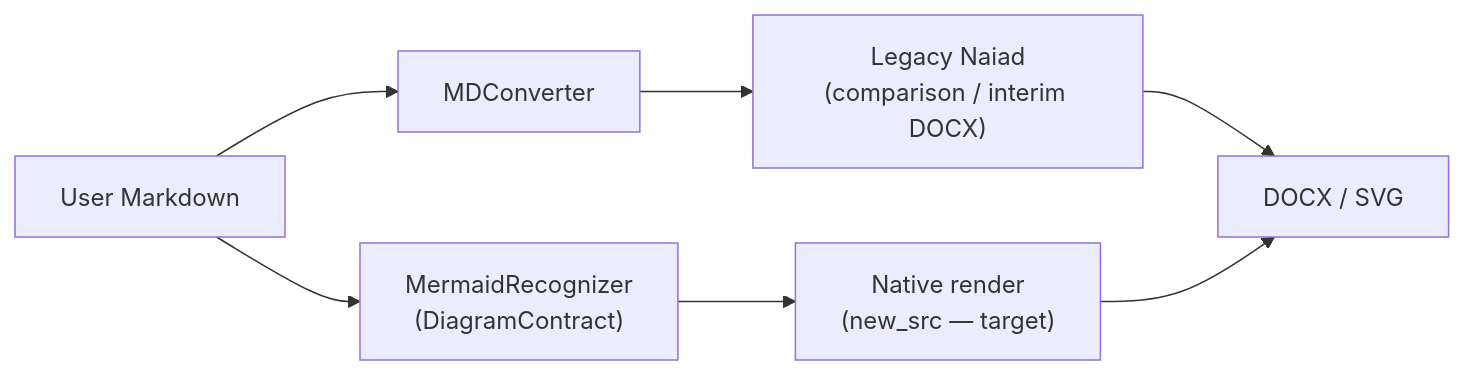
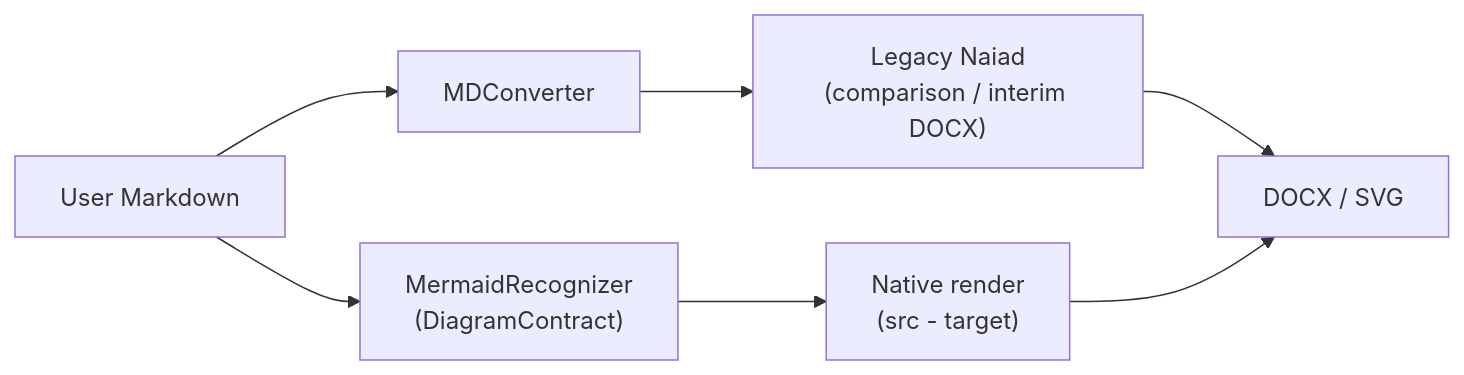
Before and after one commit to VaderConsulting/MarkdownToDocX: diagram 13 of 23 in spec.md, drawn with Mermaid. The commit also changed other lines of this file and 16 other files, not shown here.

````diff
--- a/spec.md
+++ b/spec.md
@@ -2382,13 +2385,13 @@
 ```mermaid
 flowchart LR
   MD["User Markdown"]
   CVT["MDConverter"]
   LEG["Legacy Naiad\n(comparison / interim DOCX)"]
   REC["MermaidRecognizer\n(DiagramContract)"]
-  NAT["Native render\n(new_src — target)"]
+  NAT["Native render\n(src - target)"]
   DOC["DOCX / SVG"]
 
   MD --> CVT
   CVT --> LEG --> DOC
   MD --> REC --> NAT --> DOC
 ```
````
